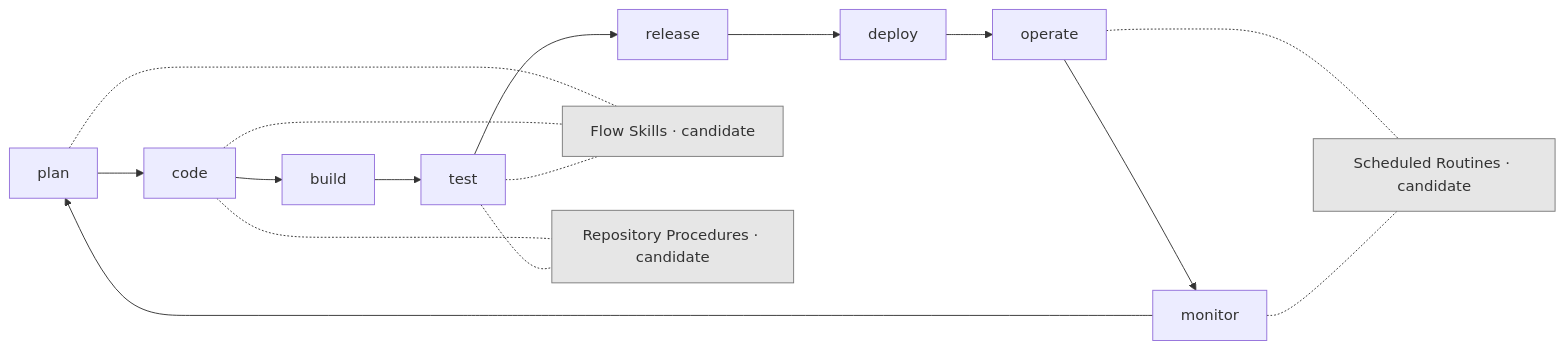
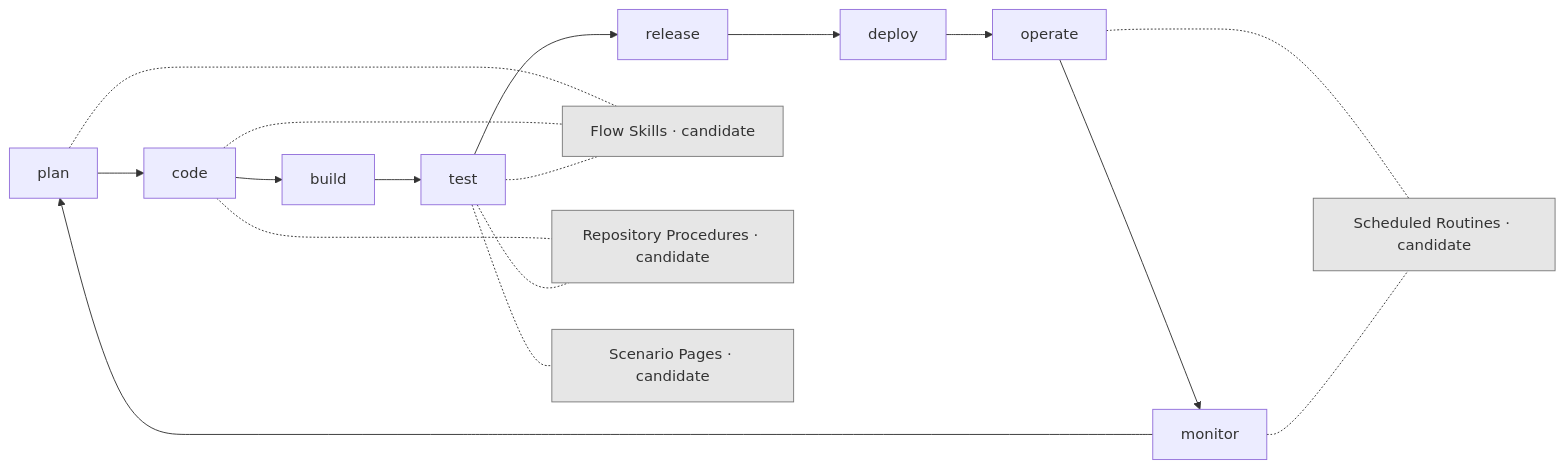
The diagram in .devbook/ai/adoption-map.md (JSdotNet/finance), drawn with Mermaid before and after one commit. The commit also changed other lines of this file and 1 other file, not shown here.

First line of the commit message:
docs(ai): level the adoption record with the 1.26 stack and record scenario pages

````diff
--- a/.devbook/ai/adoption-map.md
+++ b/.devbook/ai/adoption-map.md
@@ -24,16 +24,18 @@
 ```mermaid
 flowchart LR
   plan --> code --> build --> test --> release --> deploy --> operate --> monitor --> plan
   flows["Flow Skills · candidate"]
   procs["Repository Procedures · candidate"]
+  scenarios["Scenario Pages · candidate"]
   routines["Scheduled Routines · candidate"]
   plan -.- flows
   code -.- flows
   test -.- flows
   code -.- procs
   test -.- procs
+  test -.- scenarios
   operate -.- routines
   monitor -.- routines
   classDef candidate fill:#e6e6e6,stroke:#7a7a7a,color:#333;
-  class flows,procs,routines candidate;
+  class flows,procs,scenarios,routines candidate;
 ```
````
